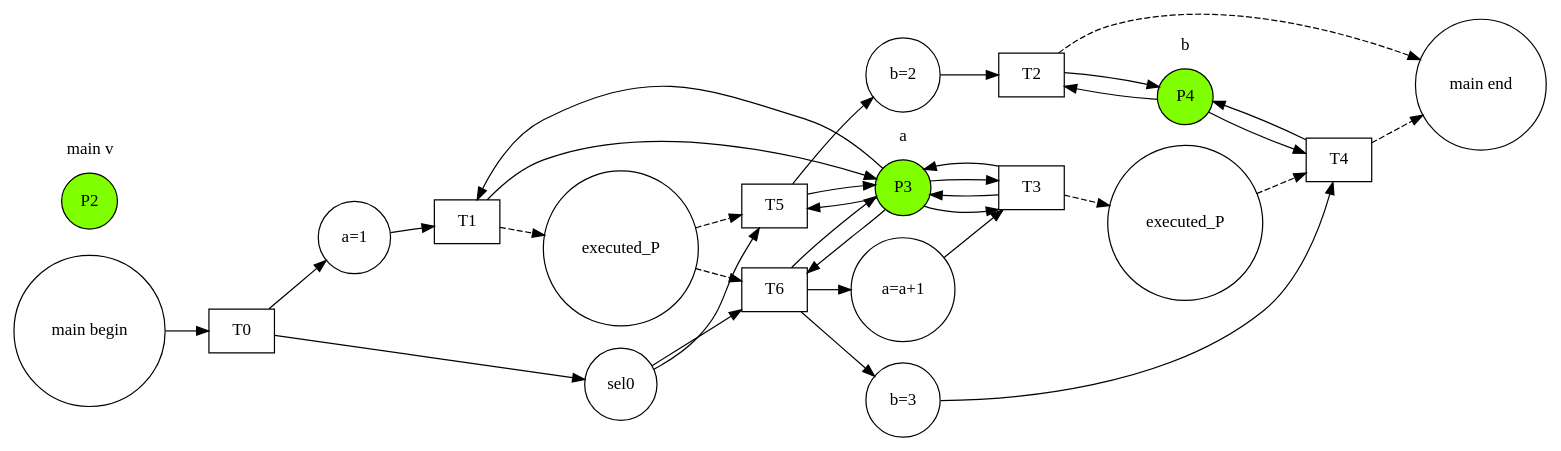
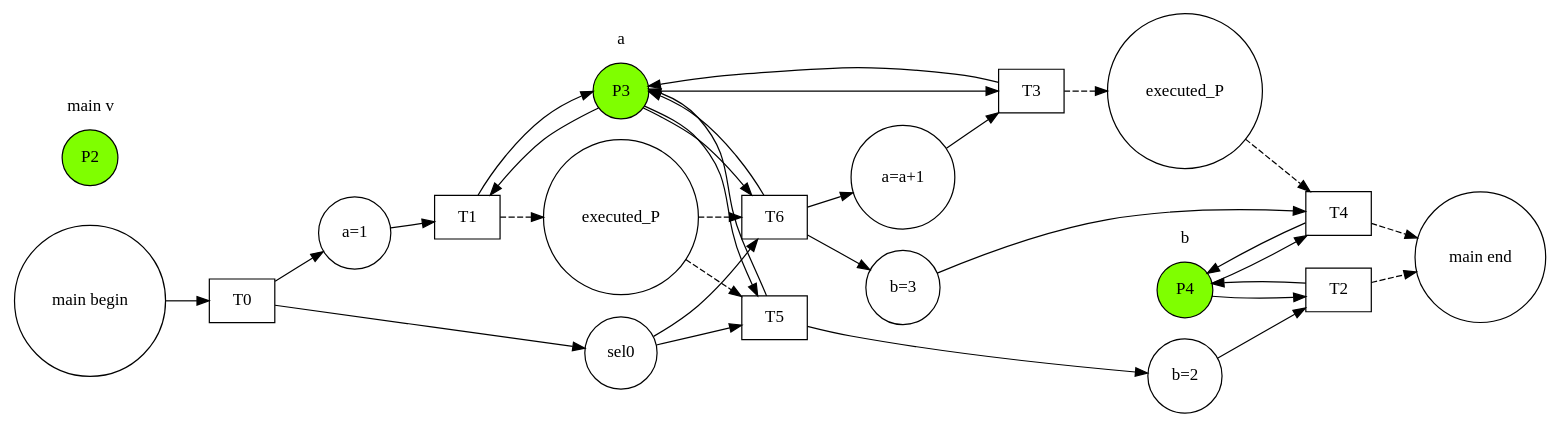
Before and after one commit to ccisman/DAMER: the diagram in cmake-build-debug/1.dot, drawn with Graphviz. The commit also changed 21 other files, not shown here.

```diff
--- a/cmake-build-debug/1.dot
+++ b/cmake-build-debug/1.dot
@@ -1,55 +1,53 @@
 digraph G{
 rankdir = LR
 P0[shape=circle,label="main begin"]
 P1[shape=circle,label="main end"]
 subgraph cluster_P2{label="main v"color="white"P2[shape=circle, style="filled",color="black",fillcolor="chartreuse"]}
 subgraph cluster_P3{label="a"color="white"P3[shape=circle, style="filled",color="black",fillcolor="chartreuse"]}
 subgraph cluster_P4{label="b"color="white"P4[shape=circle, style="filled",color="black",fillcolor="chartreuse"]}
 P5[shape=circle,label="a=1"]
 P6[shape=circle,label="b=2"]
 P7[shape=circle,label="a=a+1"]
 P8[shape=circle,label="b=3"]
 P9[shape=circle,label="sel0"]
 P10[shape=circle,label="executed_P"]
 P11[shape=circle,label="executed_P"]
 T0[shape=box]
 T1[shape=box]
 T2[shape=box]
 T3[shape=box]
 T4[shape=box]
 T5[shape=box]
 T6[shape=box]
 P0->T0
 P5->T1
+T1->P3
 P3->T1
-T1->P3
 P6->T2
+T2->P4
 P4->T2
-T2->P4
 P7->T3
 P3->T3
 T3->P3
-P3->T3
-T3->P3
 P8->T4
+T4->P4
 P4->T4
-T4->P4
 P9->T5
 P9->T6
 P3->T5
 T5->P3
 P3->T6
 T6->P3
 T5->P6
 T6->P7
 T6->P8
 T3->P10[style="dashed"]
 P10->T4[style="dashed"]
 T0->P5
 T0->P9
 T1->P11[style="dashed"]
 P11->T5[style="dashed"]
 P11->T6[style="dashed"]
 T2->P1[style="dashed"]
 T4->P1[style="dashed"]
 }
```
